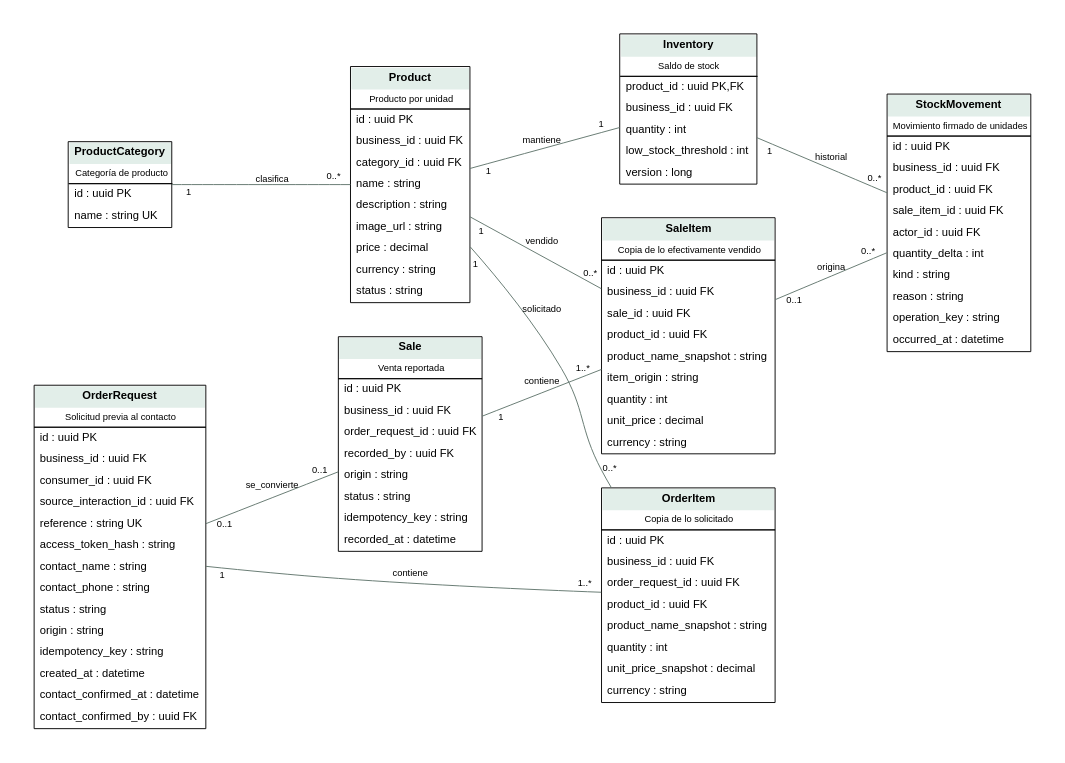
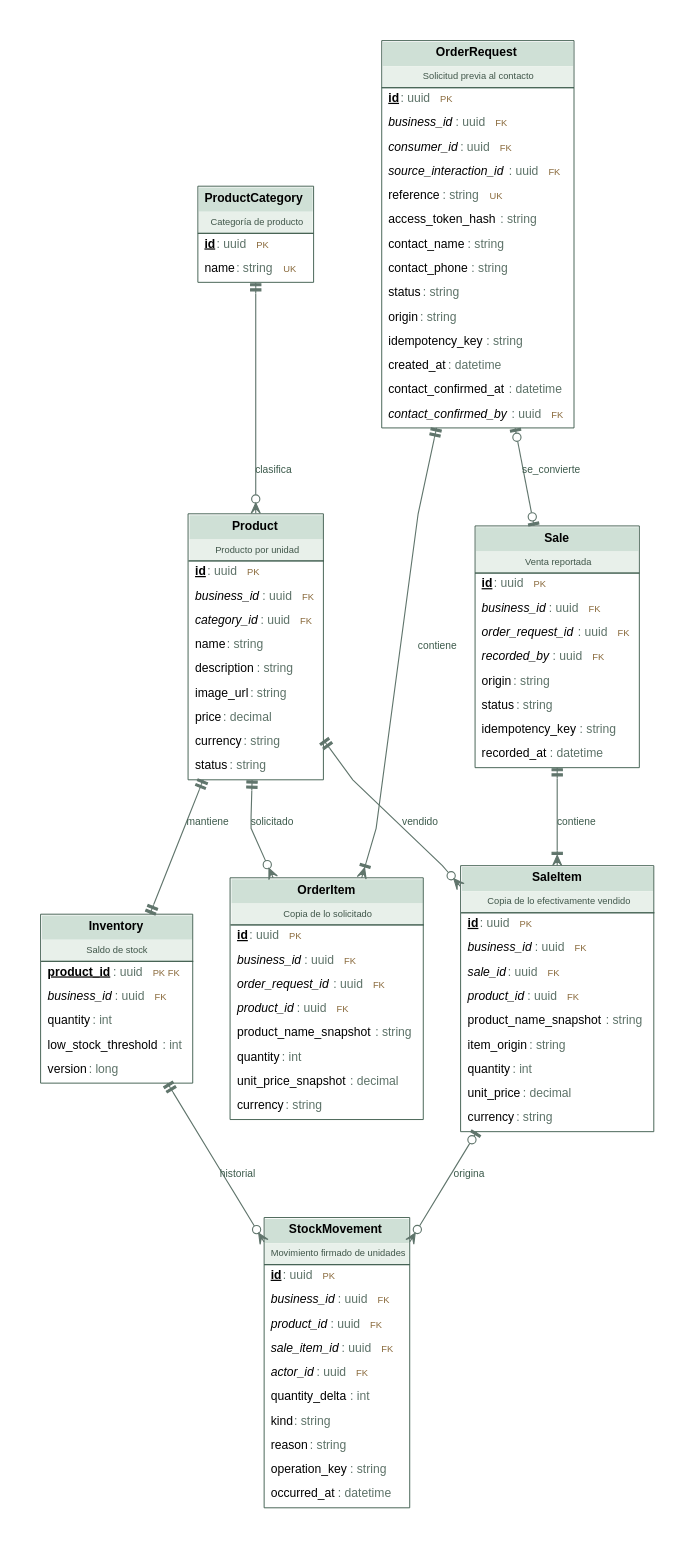
One commit to agustinlopez23/tesis changed the diagram in Doc/model/figures/ER-02-comercio.dot. Above: the diagram before and after it, drawn with Graphviz. The commit also changed 31 other files, not shown here.

```diff
--- a/Doc/model/figures/ER-02-comercio.dot
+++ b/Doc/model/figures/ER-02-comercio.dot
@@ -1,16 +1,16 @@
-digraph G { graph [rankdir=LR,bgcolor="white",pad=0.4,nodesep=0.5,ranksep=1.2]; node [shape=plain,fontname="Arial",fontsize=12]; edge [fontname="Arial",fontsize=10,color="#60756c"]; ProductCategory [label=<<TABLE BORDER="1" CELLBORDER="0" CELLSPACING="0" CELLPADDING="5"><TR><TD BGCOLOR="#e2eee9"><B>ProductCategory</B></TD></TR><TR><TD><FONT POINT-SIZE="10">Categoría de producto</FONT></TD></TR><HR/><TR><TD ALIGN="LEFT">id : uuid PK</TD></TR><TR><TD ALIGN="LEFT">name : string UK</TD></TR></TABLE>>];
-Product [label=<<TABLE BORDER="1" CELLBORDER="0" CELLSPACING="0" CELLPADDING="5"><TR><TD BGCOLOR="#e2eee9"><B>Product</B></TD></TR><TR><TD><FONT POINT-SIZE="10">Producto por unidad</FONT></TD></TR><HR/><TR><TD ALIGN="LEFT">id : uuid PK</TD></TR><TR><TD ALIGN="LEFT">business_id : uuid FK</TD></TR><TR><TD ALIGN="LEFT">category_id : uuid FK</TD></TR><TR><TD ALIGN="LEFT">name : string </TD></TR><TR><TD ALIGN="LEFT">description : string </TD></TR><TR><TD ALIGN="LEFT">image_url : string </TD></TR><TR><TD ALIGN="LEFT">price : decimal </TD></TR><TR><TD ALIGN="LEFT">currency : string </TD></TR><TR><TD ALIGN="LEFT">status : string </TD></TR></TABLE>>];
-Inventory [label=<<TABLE BORDER="1" CELLBORDER="0" CELLSPACING="0" CELLPADDING="5"><TR><TD BGCOLOR="#e2eee9"><B>Inventory</B></TD></TR><TR><TD><FONT POINT-SIZE="10">Saldo de stock</FONT></TD></TR><HR/><TR><TD ALIGN="LEFT">product_id : uuid PK,FK</TD></TR><TR><TD ALIGN="LEFT">business_id : uuid FK</TD></TR><TR><TD ALIGN="LEFT">quantity : int </TD></TR><TR><TD ALIGN="LEFT">low_stock_threshold : int </TD></TR><TR><TD ALIGN="LEFT">version : long </TD></TR></TABLE>>];
-OrderRequest [label=<<TABLE BORDER="1" CELLBORDER="0" CELLSPACING="0" CELLPADDING="5"><TR><TD BGCOLOR="#e2eee9"><B>OrderRequest</B></TD></TR><TR><TD><FONT POINT-SIZE="10">Solicitud previa al contacto</FONT></TD></TR><HR/><TR><TD ALIGN="LEFT">id : uuid PK</TD></TR><TR><TD ALIGN="LEFT">business_id : uuid FK</TD></TR><TR><TD ALIGN="LEFT">consumer_id : uuid FK</TD></TR><TR><TD ALIGN="LEFT">source_interaction_id : uuid FK</TD></TR><TR><TD ALIGN="LEFT">reference : string UK</TD></TR><TR><TD ALIGN="LEFT">access_token_hash : string </TD></TR><TR><TD ALIGN="LEFT">contact_name : string </TD></TR><TR><TD ALIGN="LEFT">contact_phone : string </TD></TR><TR><TD ALIGN="LEFT">status : string </TD></TR><TR><TD ALIGN="LEFT">origin : string </TD></TR><TR><TD ALIGN="LEFT">idempotency_key : string </TD></TR><TR><TD ALIGN="LEFT">created_at : datetime </TD></TR><TR><TD ALIGN="LEFT">contact_confirmed_at : datetime </TD></TR><TR><TD ALIGN="LEFT">contact_confirmed_by : uuid FK</TD></TR></TABLE>>];
-OrderItem [label=<<TABLE BORDER="1" CELLBORDER="0" CELLSPACING="0" CELLPADDING="5"><TR><TD BGCOLOR="#e2eee9"><B>OrderItem</B></TD></TR><TR><TD><FONT POINT-SIZE="10">Copia de lo solicitado</FONT></TD></TR><HR/><TR><TD ALIGN="LEFT">id : uuid PK</TD></TR><TR><TD ALIGN="LEFT">business_id : uuid FK</TD></TR><TR><TD ALIGN="LEFT">order_request_id : uuid FK</TD></TR><TR><TD ALIGN="LEFT">product_id : uuid FK</TD></TR><TR><TD ALIGN="LEFT">product_name_snapshot : string </TD></TR><TR><TD ALIGN="LEFT">quantity : int </TD></TR><TR><TD ALIGN="LEFT">unit_price_snapshot : decimal </TD></TR><TR><TD ALIGN="LEFT">currency : string </TD></TR></TABLE>>];
-Sale [label=<<TABLE BORDER="1" CELLBORDER="0" CELLSPACING="0" CELLPADDING="5"><TR><TD BGCOLOR="#e2eee9"><B>Sale</B></TD></TR><TR><TD><FONT POINT-SIZE="10">Venta reportada</FONT></TD></TR><HR/><TR><TD ALIGN="LEFT">id : uuid PK</TD></TR><TR><TD ALIGN="LEFT">business_id : uuid FK</TD></TR><TR><TD ALIGN="LEFT">order_request_id : uuid FK</TD></TR><TR><TD ALIGN="LEFT">recorded_by : uuid FK</TD></TR><TR><TD ALIGN="LEFT">origin : string </TD></TR><TR><TD ALIGN="LEFT">status : string </TD></TR><TR><TD ALIGN="LEFT">idempotency_key : string </TD></TR><TR><TD ALIGN="LEFT">recorded_at : datetime </TD></TR></TABLE>>];
-SaleItem [label=<<TABLE BORDER="1" CELLBORDER="0" CELLSPACING="0" CELLPADDING="5"><TR><TD BGCOLOR="#e2eee9"><B>SaleItem</B></TD></TR><TR><TD><FONT POINT-SIZE="10">Copia de lo efectivamente vendido</FONT></TD></TR><HR/><TR><TD ALIGN="LEFT">id : uuid PK</TD></TR><TR><TD ALIGN="LEFT">business_id : uuid FK</TD></TR><TR><TD ALIGN="LEFT">sale_id : uuid FK</TD></TR><TR><TD ALIGN="LEFT">product_id : uuid FK</TD></TR><TR><TD ALIGN="LEFT">product_name_snapshot : string </TD></TR><TR><TD ALIGN="LEFT">item_origin : string </TD></TR><TR><TD ALIGN="LEFT">quantity : int </TD></TR><TR><TD ALIGN="LEFT">unit_price : decimal </TD></TR><TR><TD ALIGN="LEFT">currency : string </TD></TR></TABLE>>];
-StockMovement [label=<<TABLE BORDER="1" CELLBORDER="0" CELLSPACING="0" CELLPADDING="5"><TR><TD BGCOLOR="#e2eee9"><B>StockMovement</B></TD></TR><TR><TD><FONT POINT-SIZE="10">Movimiento firmado de unidades</FONT></TD></TR><HR/><TR><TD ALIGN="LEFT">id : uuid PK</TD></TR><TR><TD ALIGN="LEFT">business_id : uuid FK</TD></TR><TR><TD ALIGN="LEFT">product_id : uuid FK</TD></TR><TR><TD ALIGN="LEFT">sale_item_id : uuid FK</TD></TR><TR><TD ALIGN="LEFT">actor_id : uuid FK</TD></TR><TR><TD ALIGN="LEFT">quantity_delta : int </TD></TR><TR><TD ALIGN="LEFT">kind : string </TD></TR><TR><TD ALIGN="LEFT">reason : string </TD></TR><TR><TD ALIGN="LEFT">operation_key : string </TD></TR><TR><TD ALIGN="LEFT">occurred_at : datetime </TD></TR></TABLE>>]; ProductCategory -> Product [dir=none,taillabel="1",headlabel="0..*",label="clasifica",labeldistance=2];
-Product -> Inventory [dir=none,taillabel="1",headlabel="1",label="mantiene",labeldistance=2];
-OrderRequest -> OrderItem [dir=none,taillabel="1",headlabel="1..*",label="contiene",labeldistance=2];
-Product -> OrderItem [dir=none,taillabel="1",headlabel="0..*",label="solicitado",labeldistance=2];
-OrderRequest -> Sale [dir=none,taillabel="0..1",headlabel="0..1",label="se_convierte",labeldistance=2];
-Sale -> SaleItem [dir=none,taillabel="1",headlabel="1..*",label="contiene",labeldistance=2];
-Product -> SaleItem [dir=none,taillabel="1",headlabel="0..*",label="vendido",labeldistance=2];
-Inventory -> StockMovement [dir=none,taillabel="1",headlabel="0..*",label="historial",labeldistance=2];
-SaleItem -> StockMovement [dir=none,taillabel="0..1",headlabel="0..*",label="origina",labeldistance=2]; }
+digraph G { graph [rankdir=TB,bgcolor="white",pad=0.5,nodesep=0.55,ranksep=1.1,splines=polyline,concentrate=false,fontname="Arial"]; node [shape=plain,fontname="Arial",fontsize=13]; edge [fontname="Arial",fontsize=11,color="#60756c",penwidth=1.2,arrowsize=1.1]; ProductCategory [label=<<TABLE BORDER="1" CELLBORDER="0" CELLSPACING="0" CELLPADDING="6" COLOR="#3f5d4e"><TR><TD BGCOLOR="#cfe0d6"><B>ProductCategory</B></TD></TR><TR><TD BGCOLOR="#e8f0ea"><FONT POINT-SIZE="10" COLOR="#40564a">Categoría de producto</FONT></TD></TR><HR/><TR><TD ALIGN="LEFT"><B><U>id</U></B><FONT COLOR="#5d7268"> : uuid</FONT><FONT COLOR="#8a6a3c" POINT-SIZE="10">   PK</FONT></TD></TR><TR><TD ALIGN="LEFT">name<FONT COLOR="#5d7268"> : string</FONT><FONT COLOR="#8a6a3c" POINT-SIZE="10">   UK</FONT></TD></TR></TABLE>>];
+Product [label=<<TABLE BORDER="1" CELLBORDER="0" CELLSPACING="0" CELLPADDING="6" COLOR="#3f5d4e"><TR><TD BGCOLOR="#cfe0d6"><B>Product</B></TD></TR><TR><TD BGCOLOR="#e8f0ea"><FONT POINT-SIZE="10" COLOR="#40564a">Producto por unidad</FONT></TD></TR><HR/><TR><TD ALIGN="LEFT"><B><U>id</U></B><FONT COLOR="#5d7268"> : uuid</FONT><FONT COLOR="#8a6a3c" POINT-SIZE="10">   PK</FONT></TD></TR><TR><TD ALIGN="LEFT"><I>business_id</I><FONT COLOR="#5d7268"> : uuid</FONT><FONT COLOR="#8a6a3c" POINT-SIZE="10">   FK</FONT></TD></TR><TR><TD ALIGN="LEFT"><I>category_id</I><FONT COLOR="#5d7268"> : uuid</FONT><FONT COLOR="#8a6a3c" POINT-SIZE="10">   FK</FONT></TD></TR><TR><TD ALIGN="LEFT">name<FONT COLOR="#5d7268"> : string</FONT></TD></TR><TR><TD ALIGN="LEFT">description<FONT COLOR="#5d7268"> : string</FONT></TD></TR><TR><TD ALIGN="LEFT">image_url<FONT COLOR="#5d7268"> : string</FONT></TD></TR><TR><TD ALIGN="LEFT">price<FONT COLOR="#5d7268"> : decimal</FONT></TD></TR><TR><TD ALIGN="LEFT">currency<FONT COLOR="#5d7268"> : string</FONT></TD></TR><TR><TD ALIGN="LEFT">status<FONT COLOR="#5d7268"> : string</FONT></TD></TR></TABLE>>];
+Inventory [label=<<TABLE BORDER="1" CELLBORDER="0" CELLSPACING="0" CELLPADDING="6" COLOR="#3f5d4e"><TR><TD BGCOLOR="#cfe0d6"><B>Inventory</B></TD></TR><TR><TD BGCOLOR="#e8f0ea"><FONT POINT-SIZE="10" COLOR="#40564a">Saldo de stock</FONT></TD></TR><HR/><TR><TD ALIGN="LEFT"><B><U>product_id</U></B><FONT COLOR="#5d7268"> : uuid</FONT><FONT COLOR="#8a6a3c" POINT-SIZE="10">   PK FK</FONT></TD></TR><TR><TD ALIGN="LEFT"><I>business_id</I><FONT COLOR="#5d7268"> : uuid</FONT><FONT COLOR="#8a6a3c" POINT-SIZE="10">   FK</FONT></TD></TR><TR><TD ALIGN="LEFT">quantity<FONT COLOR="#5d7268"> : int</FONT></TD></TR><TR><TD ALIGN="LEFT">low_stock_threshold<FONT COLOR="#5d7268"> : int</FONT></TD></TR><TR><TD ALIGN="LEFT">version<FONT COLOR="#5d7268"> : long</FONT></TD></TR></TABLE>>];
+OrderRequest [label=<<TABLE BORDER="1" CELLBORDER="0" CELLSPACING="0" CELLPADDING="6" COLOR="#3f5d4e"><TR><TD BGCOLOR="#cfe0d6"><B>OrderRequest</B></TD></TR><TR><TD BGCOLOR="#e8f0ea"><FONT POINT-SIZE="10" COLOR="#40564a">Solicitud previa al contacto</FONT></TD></TR><HR/><TR><TD ALIGN="LEFT"><B><U>id</U></B><FONT COLOR="#5d7268"> : uuid</FONT><FONT COLOR="#8a6a3c" POINT-SIZE="10">   PK</FONT></TD></TR><TR><TD ALIGN="LEFT"><I>business_id</I><FONT COLOR="#5d7268"> : uuid</FONT><FONT COLOR="#8a6a3c" POINT-SIZE="10">   FK</FONT></TD></TR><TR><TD ALIGN="LEFT"><I>consumer_id</I><FONT COLOR="#5d7268"> : uuid</FONT><FONT COLOR="#8a6a3c" POINT-SIZE="10">   FK</FONT></TD></TR><TR><TD ALIGN="LEFT"><I>source_interaction_id</I><FONT COLOR="#5d7268"> : uuid</FONT><FONT COLOR="#8a6a3c" POINT-SIZE="10">   FK</FONT></TD></TR><TR><TD ALIGN="LEFT">reference<FONT COLOR="#5d7268"> : string</FONT><FONT COLOR="#8a6a3c" POINT-SIZE="10">   UK</FONT></TD></TR><TR><TD ALIGN="LEFT">access_token_hash<FONT COLOR="#5d7268"> : string</FONT></TD></TR><TR><TD ALIGN="LEFT">contact_name<FONT COLOR="#5d7268"> : string</FONT></TD></TR><TR><TD ALIGN="LEFT">contact_phone<FONT COLOR="#5d7268"> : string</FONT></TD></TR><TR><TD ALIGN="LEFT">status<FONT COLOR="#5d7268"> : string</FONT></TD></TR><TR><TD ALIGN="LEFT">origin<FONT COLOR="#5d7268"> : string</FONT></TD></TR><TR><TD ALIGN="LEFT">idempotency_key<FONT COLOR="#5d7268"> : string</FONT></TD></TR><TR><TD ALIGN="LEFT">created_at<FONT COLOR="#5d7268"> : datetime</FONT></TD></TR><TR><TD ALIGN="LEFT">contact_confirmed_at<FONT COLOR="#5d7268"> : datetime</FONT></TD></TR><TR><TD ALIGN="LEFT"><I>contact_confirmed_by</I><FONT COLOR="#5d7268"> : uuid</FONT><FONT COLOR="#8a6a3c" POINT-SIZE="10">   FK</FONT></TD></TR></TABLE>>];
+OrderItem [label=<<TABLE BORDER="1" CELLBORDER="0" CELLSPACING="0" CELLPADDING="6" COLOR="#3f5d4e"><TR><TD BGCOLOR="#cfe0d6"><B>OrderItem</B></TD></TR><TR><TD BGCOLOR="#e8f0ea"><FONT POINT-SIZE="10" COLOR="#40564a">Copia de lo solicitado</FONT></TD></TR><HR/><TR><TD ALIGN="LEFT"><B><U>id</U></B><FONT COLOR="#5d7268"> : uuid</FONT><FONT COLOR="#8a6a3c" POINT-SIZE="10">   PK</FONT></TD></TR><TR><TD ALIGN="LEFT"><I>business_id</I><FONT COLOR="#5d7268"> : uuid</FONT><FONT COLOR="#8a6a3c" POINT-SIZE="10">   FK</FONT></TD></TR><TR><TD ALIGN="LEFT"><I>order_request_id</I><FONT COLOR="#5d7268"> : uuid</FONT><FONT COLOR="#8a6a3c" POINT-SIZE="10">   FK</FONT></TD></TR><TR><TD ALIGN="LEFT"><I>product_id</I><FONT COLOR="#5d7268"> : uuid</FONT><FONT COLOR="#8a6a3c" POINT-SIZE="10">   FK</FONT></TD></TR><TR><TD ALIGN="LEFT">product_name_snapshot<FONT COLOR="#5d7268"> : string</FONT></TD></TR><TR><TD ALIGN="LEFT">quantity<FONT COLOR="#5d7268"> : int</FONT></TD></TR><TR><TD ALIGN="LEFT">unit_price_snapshot<FONT COLOR="#5d7268"> : decimal</FONT></TD></TR><TR><TD ALIGN="LEFT">currency<FONT COLOR="#5d7268"> : string</FONT></TD></TR></TABLE>>];
+Sale [label=<<TABLE BORDER="1" CELLBORDER="0" CELLSPACING="0" CELLPADDING="6" COLOR="#3f5d4e"><TR><TD BGCOLOR="#cfe0d6"><B>Sale</B></TD></TR><TR><TD BGCOLOR="#e8f0ea"><FONT POINT-SIZE="10" COLOR="#40564a">Venta reportada</FONT></TD></TR><HR/><TR><TD ALIGN="LEFT"><B><U>id</U></B><FONT COLOR="#5d7268"> : uuid</FONT><FONT COLOR="#8a6a3c" POINT-SIZE="10">   PK</FONT></TD></TR><TR><TD ALIGN="LEFT"><I>business_id</I><FONT COLOR="#5d7268"> : uuid</FONT><FONT COLOR="#8a6a3c" POINT-SIZE="10">   FK</FONT></TD></TR><TR><TD ALIGN="LEFT"><I>order_request_id</I><FONT COLOR="#5d7268"> : uuid</FONT><FONT COLOR="#8a6a3c" POINT-SIZE="10">   FK</FONT></TD></TR><TR><TD ALIGN="LEFT"><I>recorded_by</I><FONT COLOR="#5d7268"> : uuid</FONT><FONT COLOR="#8a6a3c" POINT-SIZE="10">   FK</FONT></TD></TR><TR><TD ALIGN="LEFT">origin<FONT COLOR="#5d7268"> : string</FONT></TD></TR><TR><TD ALIGN="LEFT">status<FONT COLOR="#5d7268"> : string</FONT></TD></TR><TR><TD ALIGN="LEFT">idempotency_key<FONT COLOR="#5d7268"> : string</FONT></TD></TR><TR><TD ALIGN="LEFT">recorded_at<FONT COLOR="#5d7268"> : datetime</FONT></TD></TR></TABLE>>];
+SaleItem [label=<<TABLE BORDER="1" CELLBORDER="0" CELLSPACING="0" CELLPADDING="6" COLOR="#3f5d4e"><TR><TD BGCOLOR="#cfe0d6"><B>SaleItem</B></TD></TR><TR><TD BGCOLOR="#e8f0ea"><FONT POINT-SIZE="10" COLOR="#40564a">Copia de lo efectivamente vendido</FONT></TD></TR><HR/><TR><TD ALIGN="LEFT"><B><U>id</U></B><FONT COLOR="#5d7268"> : uuid</FONT><FONT COLOR="#8a6a3c" POINT-SIZE="10">   PK</FONT></TD></TR><TR><TD ALIGN="LEFT"><I>business_id</I><FONT COLOR="#5d7268"> : uuid</FONT><FONT COLOR="#8a6a3c" POINT-SIZE="10">   FK</FONT></TD></TR><TR><TD ALIGN="LEFT"><I>sale_id</I><FONT COLOR="#5d7268"> : uuid</FONT><FONT COLOR="#8a6a3c" POINT-SIZE="10">   FK</FONT></TD></TR><TR><TD ALIGN="LEFT"><I>product_id</I><FONT COLOR="#5d7268"> : uuid</FONT><FONT COLOR="#8a6a3c" POINT-SIZE="10">   FK</FONT></TD></TR><TR><TD ALIGN="LEFT">product_name_snapshot<FONT COLOR="#5d7268"> : string</FONT></TD></TR><TR><TD ALIGN="LEFT">item_origin<FONT COLOR="#5d7268"> : string</FONT></TD></TR><TR><TD ALIGN="LEFT">quantity<FONT COLOR="#5d7268"> : int</FONT></TD></TR><TR><TD ALIGN="LEFT">unit_price<FONT COLOR="#5d7268"> : decimal</FONT></TD></TR><TR><TD ALIGN="LEFT">currency<FONT COLOR="#5d7268"> : string</FONT></TD></TR></TABLE>>];
+StockMovement [label=<<TABLE BORDER="1" CELLBORDER="0" CELLSPACING="0" CELLPADDING="6" COLOR="#3f5d4e"><TR><TD BGCOLOR="#cfe0d6"><B>StockMovement</B></TD></TR><TR><TD BGCOLOR="#e8f0ea"><FONT POINT-SIZE="10" COLOR="#40564a">Movimiento firmado de unidades</FONT></TD></TR><HR/><TR><TD ALIGN="LEFT"><B><U>id</U></B><FONT COLOR="#5d7268"> : uuid</FONT><FONT COLOR="#8a6a3c" POINT-SIZE="10">   PK</FONT></TD></TR><TR><TD ALIGN="LEFT"><I>business_id</I><FONT COLOR="#5d7268"> : uuid</FONT><FONT COLOR="#8a6a3c" POINT-SIZE="10">   FK</FONT></TD></TR><TR><TD ALIGN="LEFT"><I>product_id</I><FONT COLOR="#5d7268"> : uuid</FONT><FONT COLOR="#8a6a3c" POINT-SIZE="10">   FK</FONT></TD></TR><TR><TD ALIGN="LEFT"><I>sale_item_id</I><FONT COLOR="#5d7268"> : uuid</FONT><FONT COLOR="#8a6a3c" POINT-SIZE="10">   FK</FONT></TD></TR><TR><TD ALIGN="LEFT"><I>actor_id</I><FONT COLOR="#5d7268"> : uuid</FONT><FONT COLOR="#8a6a3c" POINT-SIZE="10">   FK</FONT></TD></TR><TR><TD ALIGN="LEFT">quantity_delta<FONT COLOR="#5d7268"> : int</FONT></TD></TR><TR><TD ALIGN="LEFT">kind<FONT COLOR="#5d7268"> : string</FONT></TD></TR><TR><TD ALIGN="LEFT">reason<FONT COLOR="#5d7268"> : string</FONT></TD></TR><TR><TD ALIGN="LEFT">operation_key<FONT COLOR="#5d7268"> : string</FONT></TD></TR><TR><TD ALIGN="LEFT">occurred_at<FONT COLOR="#5d7268"> : datetime</FONT></TD></TR></TABLE>>]; ProductCategory -> Product [dir=both,arrowtail=teetee,arrowhead=crowodot,label="clasifica",fontsize=11,fontcolor="#3c5a4b"];
+Product -> Inventory [dir=both,arrowtail=teetee,arrowhead=teetee,label="mantiene",fontsize=11,fontcolor="#3c5a4b"];
+OrderRequest -> OrderItem [dir=both,arrowtail=teetee,arrowhead=crowtee,label="contiene",fontsize=11,fontcolor="#3c5a4b"];
+Product -> OrderItem [dir=both,arrowtail=teetee,arrowhead=crowodot,label="solicitado",fontsize=11,fontcolor="#3c5a4b"];
+OrderRequest -> Sale [dir=both,arrowtail=teeodot,arrowhead=teeodot,label="se_convierte",fontsize=11,fontcolor="#3c5a4b"];
+Sale -> SaleItem [dir=both,arrowtail=teetee,arrowhead=crowtee,label="contiene",fontsize=11,fontcolor="#3c5a4b"];
+Product -> SaleItem [dir=both,arrowtail=teetee,arrowhead=crowodot,label="vendido",fontsize=11,fontcolor="#3c5a4b"];
+Inventory -> StockMovement [dir=both,arrowtail=teetee,arrowhead=crowodot,label="historial",fontsize=11,fontcolor="#3c5a4b"];
+SaleItem -> StockMovement [dir=both,arrowtail=teeodot,arrowhead=crowodot,label="origina",fontsize=11,fontcolor="#3c5a4b"]; }
```
